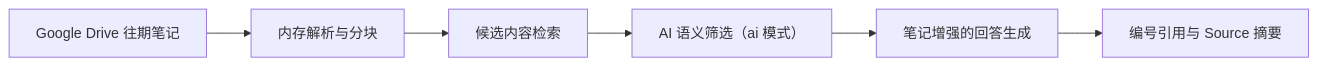
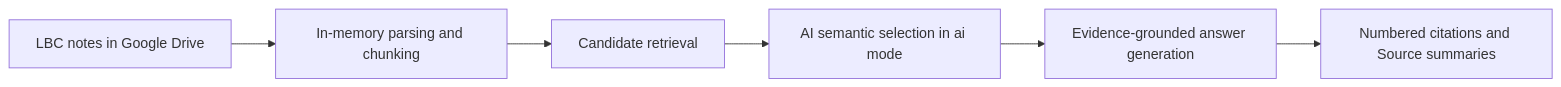
One commit to iAndyZhi/MentorBrind-AI changed the diagram in README.md. Above: the diagram before and after it, drawn with Mermaid. The commit also changed other lines of this file, not shown here.

````diff
--- a/README.md
+++ b/README.md
@@ -15,8 +22,8 @@
 ```mermaid
 flowchart LR
-    A["Google Drive 往期笔记"] --> B["内存解析与分块"]
-    B --> C["候选内容检索"]
-    C --> D["AI 语义筛选（ai 模式）"]
-    D --> E["笔记增强的回答生成"]
-    E --> F["编号引用与 Source 摘要"]
+    A["LBC notes in Google Drive"] --> B["In-memory parsing and chunking"]
+    B --> C["Candidate retrieval"]
+    C --> D["AI semantic selection in ai mode"]
+    D --> E["Evidence-grounded answer generation"]
+    E --> F["Numbered citations and Source summaries"]
 ```
````
